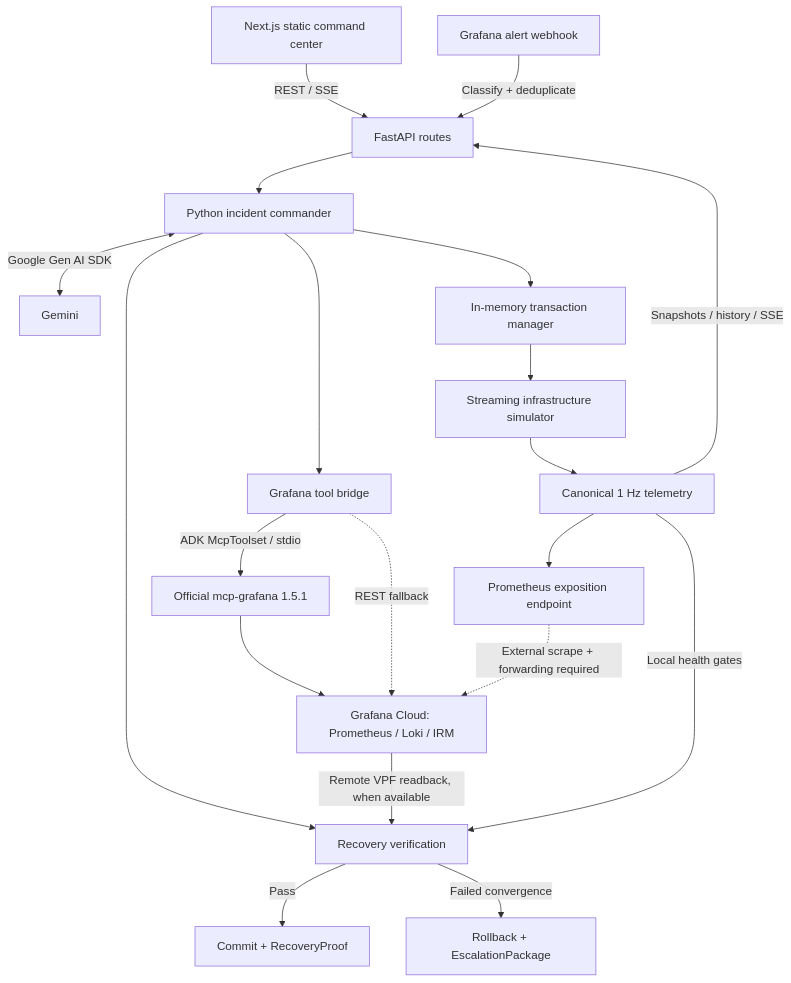
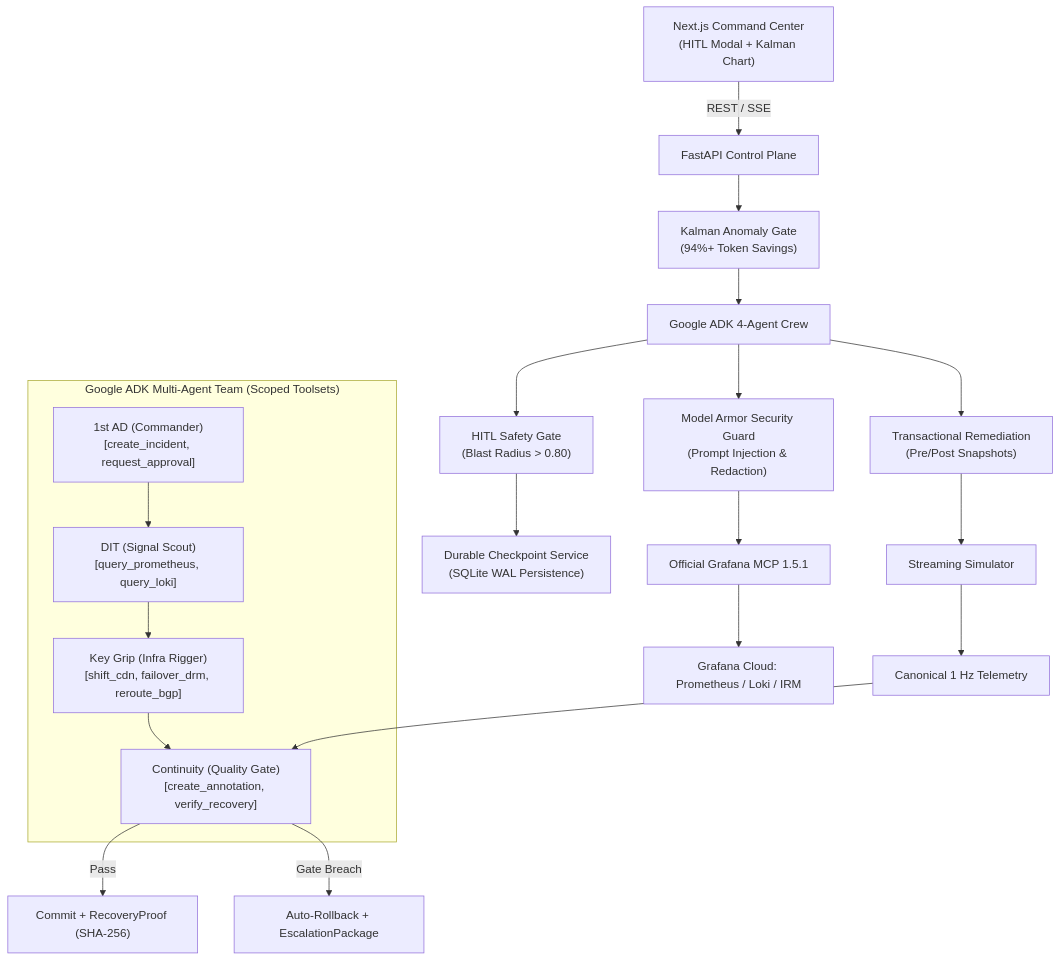
Before and after one commit to bobybarack/continuity-sre: the diagram in README.md, drawn with Mermaid. The commit also changed other lines of this file, not shown here.

Commit message:
docs(readme): document Continuity 2.0 multi-agent architecture and benchmarks

````diff
--- a/README.md
+++ b/README.md
@@ -34,22 +38,27 @@
 ```mermaid
 flowchart TD
-    UI["Next.js static command center"] -->|"REST / SSE"| API["FastAPI routes"]
-    ALERT["Grafana alert webhook"] -->|"Classify + deduplicate"| API
-    API --> COMMANDER["Python incident commander"]
-    COMMANDER <-->|"Google Gen AI SDK"| GEMINI["Gemini"]
-    COMMANDER --> BRIDGE["Grafana tool bridge"]
-    BRIDGE -->|"ADK McpToolset / stdio"| MCP["Official mcp-grafana 1.5.1"]
+    UI["Next.js Command Center\n(HITL Modal + Kalman Chart)"] -->|"REST / SSE"| API["FastAPI Control Plane"]
+    API --> GATE["Kalman Anomaly Gate\n(94%+ Token Savings)"]
+    GATE --> CREW["Google ADK 4-Agent Crew"]
+    
+    subgraph ADK_CREW ["Google ADK Multi-Agent Team (Scoped Toolsets)"]
+        AD["1st AD (Commander)\n[create_incident, request_approval]"] --> DIT["DIT (Signal Scout)\n[query_prometheus, query_loki]"]
+        DIT --> GRIP["Key Grip (Infra Rigger)\n[shift_cdn, failover_drm, reroute_bgp]"]
+        GRIP --> CONT["Continuity (Quality Gate)\n[create_annotation, verify_recovery]"]
+    end
+    
+    CREW --> SHIELD["Model Armor Security Guard\n(Prompt Injection & Redaction)"]
+    SHIELD --> MCP["Official Grafana MCP 1.5.1"]
     MCP --> GRAFANA["Grafana Cloud: Prometheus / Loki / IRM"]
-    BRIDGE -.->|"REST fallback"| GRAFANA
-    COMMANDER --> TX["In-memory transaction manager"]
-    TX --> SIM["Streaming infrastructure simulator"]
-    SIM --> TEL["Canonical 1 Hz telemetry"]
-    TEL -->|"Snapshots / history / SSE"| API
-    TEL --> METRICS["Prometheus exposition endpoint"]
-    METRICS -.->|"External scrape + forwarding required"| GRAFANA
-    COMMANDER --> VERIFY["Recovery verification"]
-    GRAFANA -->|"Remote VPF readback, when available"| VERIFY
-    TEL -->|"Local health gates"| VERIFY
-    VERIFY -->|"Pass"| PROOF["Commit + RecoveryProof"]
-    VERIFY -->|"Failed convergence"| ROLLBACK["Rollback + EscalationPackage"]
+    
+    CREW --> HITL["HITL Safety Gate\n(Blast Radius > 0.80)"]
+    HITL --> CP["Durable Checkpoint Service\n(SQLite WAL Persistence)"]
+    
+    CREW --> TX["Transactional Remediation\n(Pre/Post Snapshots)"]
+    TX --> SIM["Streaming Simulator"]
+    SIM --> TEL["Canonical 1 Hz Telemetry"]
+    TEL --> CONT
+    
+    CONT -->|"Pass"| PROOF["Commit + RecoveryProof (SHA-256)"]
+    CONT -->|"Gate Breach"| ROLLBACK["Auto-Rollback + EscalationPackage"]
 ```
````
